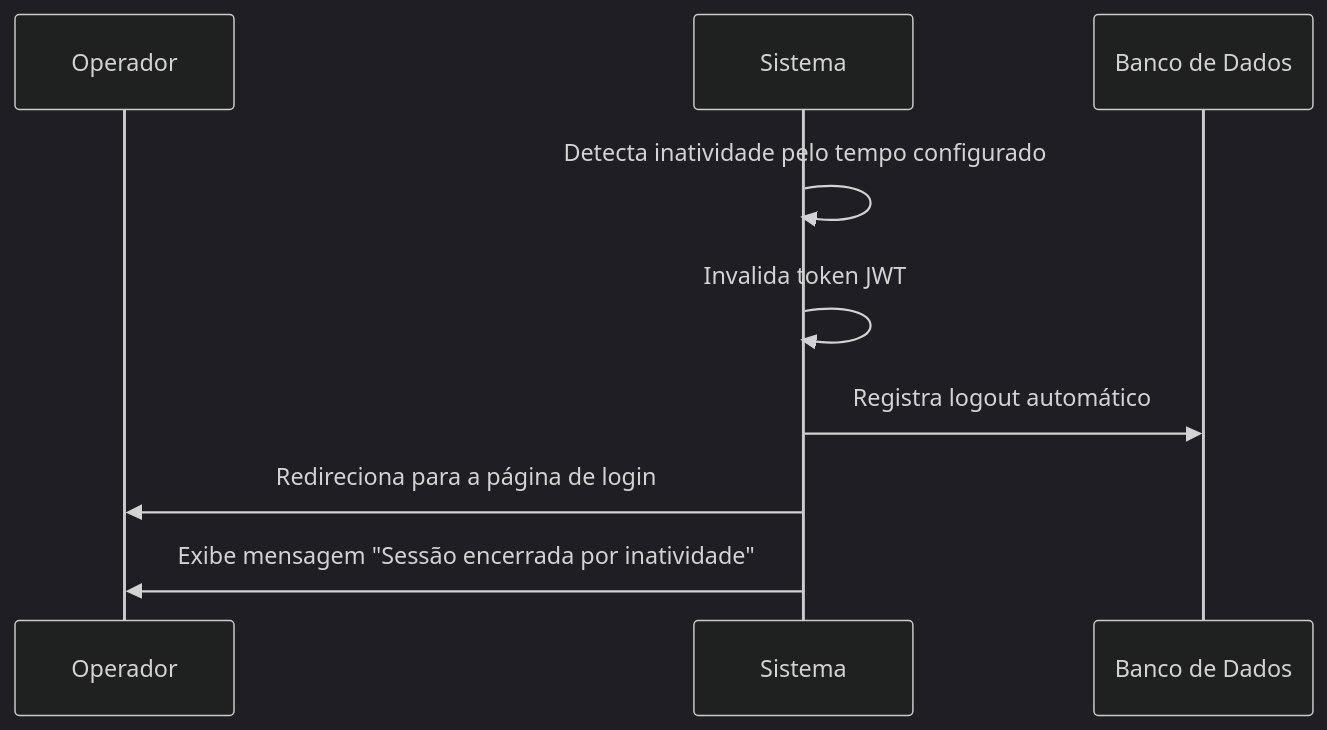
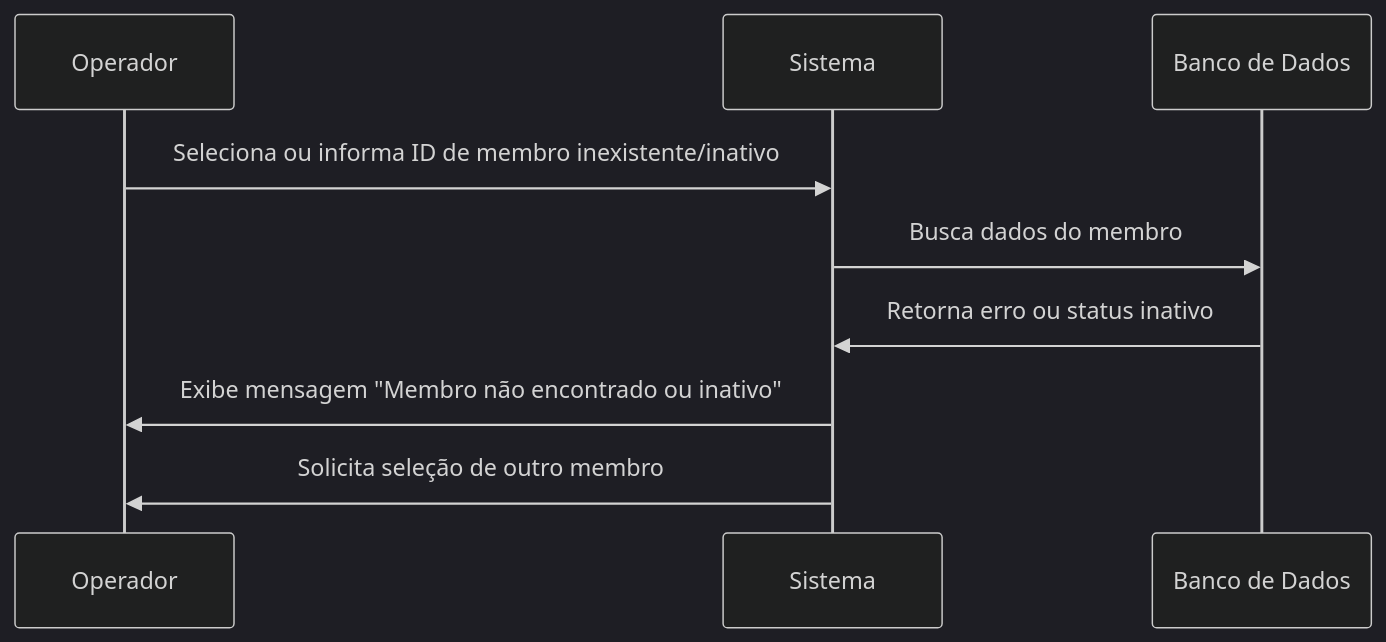
The third of 3 diagrams in Writerside/topics/RF11.md (Bomsalvez/quilombo-docs), drawn with Mermaid (dark theme) before and after one commit. The commit also changed other lines of this file and 34 other files, not shown here.

````diff
--- a/Writerside/topics/RF11.md
+++ b/Writerside/topics/RF11.md
@@ -61,12 +72,12 @@
 ```mermaid
 sequenceDiagram
     participant O as Operador
     participant S as Sistema
     participant DB as Banco de Dados
     
-    S->>S: Detecta inatividade pelo tempo configurado
-    S->>S: Invalida token JWT
-    S->>DB: Registra logout automático
-    S->>O: Redireciona para a página de login
-    S->>O: Exibe mensagem "Sessão encerrada por inatividade"
+    O->>S: Seleciona ou informa ID de membro inexistente/inativo
+    S->>DB: Busca dados do membro
+    DB->>S: Retorna erro ou status inativo
+    S->>O: Exibe mensagem "Membro não encontrado ou inativo"
+    S->>O: Solicita seleção de outro membro
 ```
````
